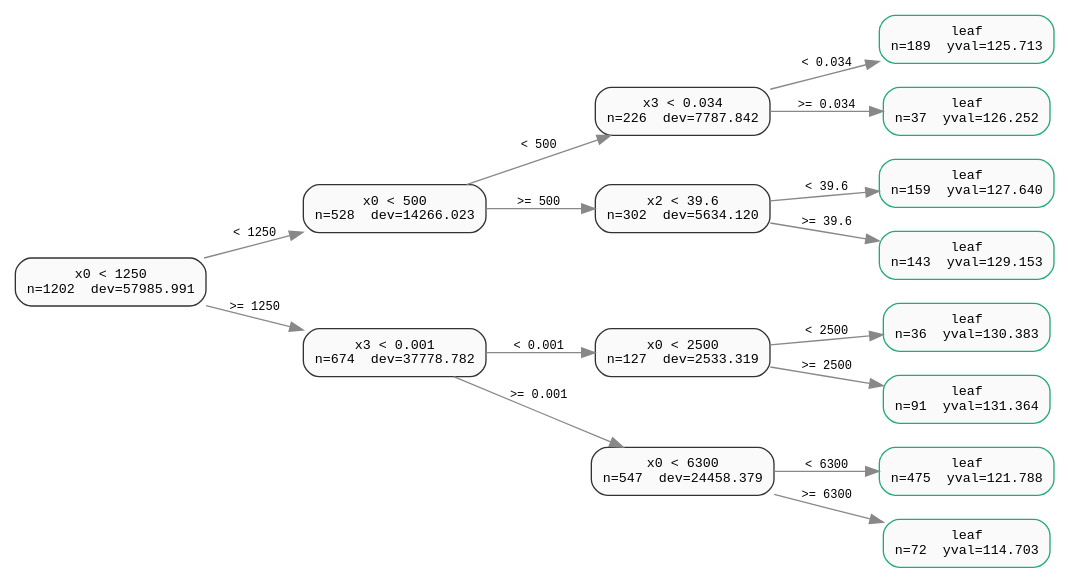
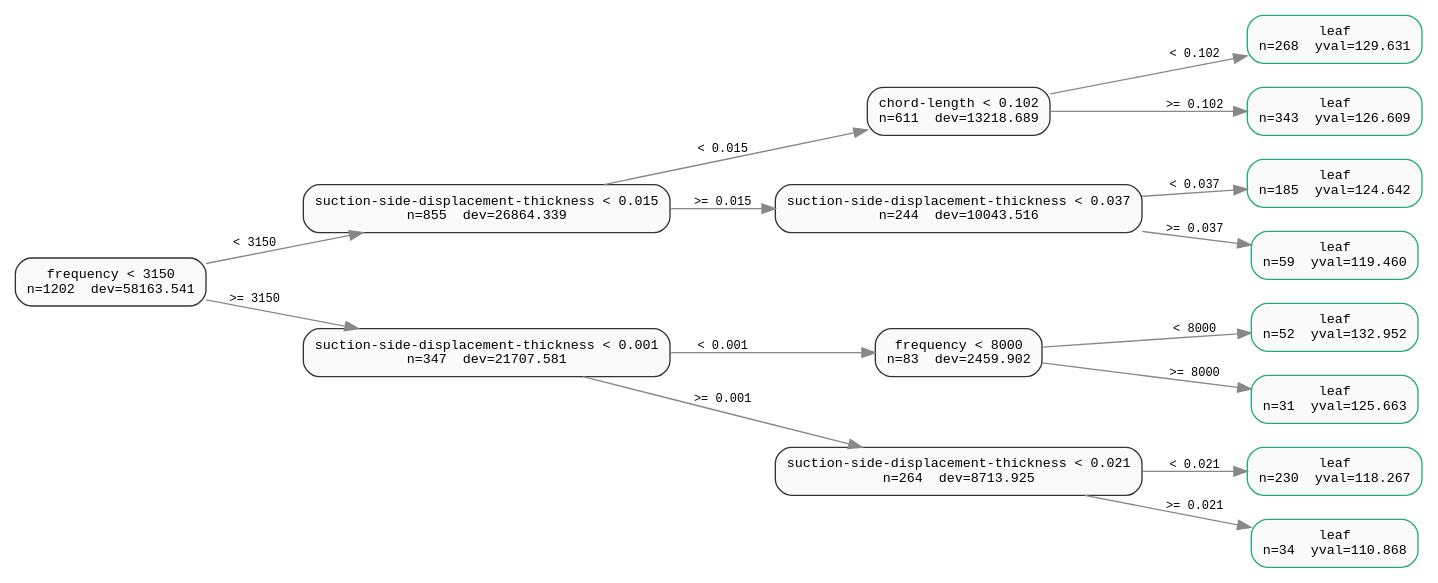
One commit to jkapila/mltreelib changed the diagram in docs/assets/airfoil_tree.dot. Above: the diagram before and after it, drawn with Graphviz. The commit also changed 26 other files, not shown here.

```diff
--- a/docs/assets/airfoil_tree.dot
+++ b/docs/assets/airfoil_tree.dot
@@ -1,34 +1,34 @@
 digraph tree {
   rankdir=LR;
   node [shape=box, style="rounded,filled", fillcolor="#fafafa", fontname="monospace", fontsize=10];
   edge [fontname="monospace", fontsize=9, color="#888888"];
-  n8 [label="leaf\nn=189  yval=125.713", color="#22aa77"];
-  n9 [label="leaf\nn=37  yval=126.252", color="#22aa77"];
-  n4 [label="x3 < 0.034\nn=226  dev=7787.842", color="#333333"];
-  n10 [label="leaf\nn=159  yval=127.640", color="#22aa77"];
-  n11 [label="leaf\nn=143  yval=129.153", color="#22aa77"];
-  n5 [label="x2 < 39.6\nn=302  dev=5634.120", color="#333333"];
-  n2 [label="x0 < 500\nn=528  dev=14266.023", color="#333333"];
-  n12 [label="leaf\nn=36  yval=130.383", color="#22aa77"];
-  n13 [label="leaf\nn=91  yval=131.364", color="#22aa77"];
-  n6 [label="x0 < 2500\nn=127  dev=2533.319", color="#333333"];
-  n14 [label="leaf\nn=475  yval=121.788", color="#22aa77"];
-  n15 [label="leaf\nn=72  yval=114.703", color="#22aa77"];
-  n7 [label="x0 < 6300\nn=547  dev=24458.379", color="#333333"];
-  n3 [label="x3 < 0.001\nn=674  dev=37778.782", color="#333333"];
-  n1 [label="x0 < 1250\nn=1202  dev=57985.991", color="#333333"];
-  n4 -> n8 [label="< 0.034"];
-  n4 -> n9 [label=">= 0.034"];
-  n5 -> n10 [label="< 39.6"];
-  n5 -> n11 [label=">= 39.6"];
-  n2 -> n4 [label="< 500"];
-  n2 -> n5 [label=">= 500"];
-  n6 -> n12 [label="< 2500"];
-  n6 -> n13 [label=">= 2500"];
-  n7 -> n14 [label="< 6300"];
-  n7 -> n15 [label=">= 6300"];
+  n8 [label="leaf\nn=268  yval=129.631", color="#22aa77"];
+  n9 [label="leaf\nn=343  yval=126.609", color="#22aa77"];
+  n4 [label="chord-length < 0.102\nn=611  dev=13218.689", color="#333333"];
+  n10 [label="leaf\nn=185  yval=124.642", color="#22aa77"];
+  n11 [label="leaf\nn=59  yval=119.460", color="#22aa77"];
+  n5 [label="suction-side-displacement-thickness < 0.037\nn=244  dev=10043.516", color="#333333"];
+  n2 [label="suction-side-displacement-thickness < 0.015\nn=855  dev=26864.339", color="#333333"];
+  n12 [label="leaf\nn=52  yval=132.952", color="#22aa77"];
+  n13 [label="leaf\nn=31  yval=125.663", color="#22aa77"];
+  n6 [label="frequency < 8000\nn=83  dev=2459.902", color="#333333"];
+  n14 [label="leaf\nn=230  yval=118.267", color="#22aa77"];
+  n15 [label="leaf\nn=34  yval=110.868", color="#22aa77"];
+  n7 [label="suction-side-displacement-thickness < 0.021\nn=264  dev=8713.925", color="#333333"];
+  n3 [label="suction-side-displacement-thickness < 0.001\nn=347  dev=21707.581", color="#333333"];
+  n1 [label="frequency < 3150\nn=1202  dev=58163.541", color="#333333"];
+  n4 -> n8 [label="< 0.102"];
+  n4 -> n9 [label=">= 0.102"];
+  n5 -> n10 [label="< 0.037"];
+  n5 -> n11 [label=">= 0.037"];
+  n2 -> n4 [label="< 0.015"];
+  n2 -> n5 [label=">= 0.015"];
+  n6 -> n12 [label="< 8000"];
+  n6 -> n13 [label=">= 8000"];
+  n7 -> n14 [label="< 0.021"];
+  n7 -> n15 [label=">= 0.021"];
   n3 -> n6 [label="< 0.001"];
   n3 -> n7 [label=">= 0.001"];
-  n1 -> n2 [label="< 1250"];
-  n1 -> n3 [label=">= 1250"];
+  n1 -> n2 [label="< 3150"];
+  n1 -> n3 [label=">= 3150"];
 }
```
